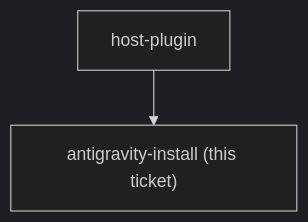
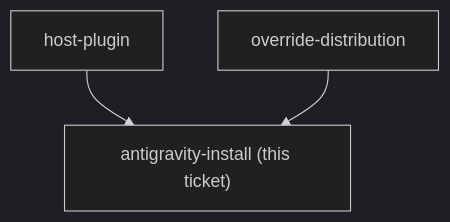
Before and after one commit to ThodsaphonSonthiphin/workflow-daily-work: the diagram in docs/decision-map/superpowers-review-to-scrutinize/tickets/antigravity-install.md, drawn with Mermaid (dark theme). The commit also changed other lines of this file and 6 other files, not shown here.

````diff
--- a/docs/decision-map/superpowers-review-to-scrutinize/tickets/antigravity-install.md
+++ b/docs/decision-map/superpowers-review-to-scrutinize/tickets/antigravity-install.md
@@ -12,5 +12,6 @@
 ```mermaid
 graph TD
     ME["antigravity-install (this ticket)"]
     P0["host-plugin"] --> ME
+    P1["override-distribution"] --> ME
 ```
````
